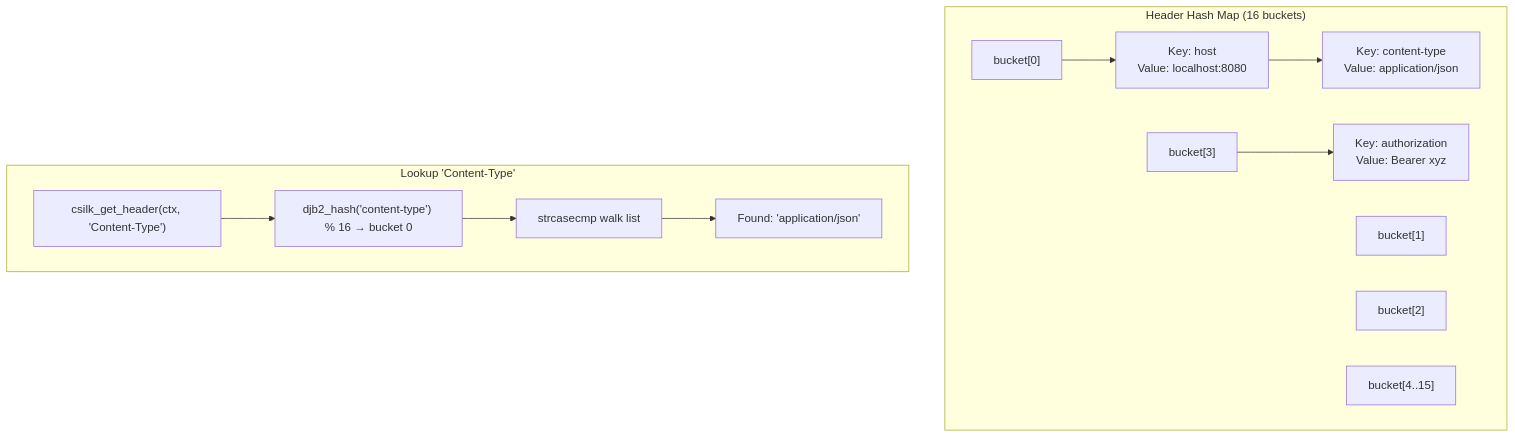
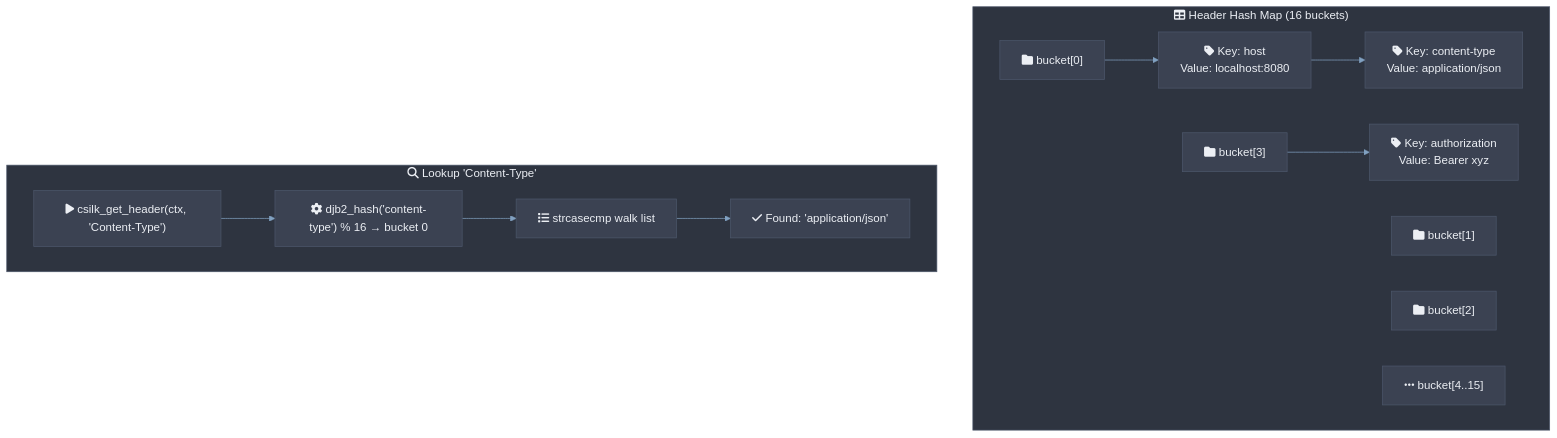
The fourth of 5 diagrams in docs/module-design/context.md (quintin-lee/csilk), drawn with Mermaid before and after one commit. The commit also changed other lines of this file and 30 other files, not shown here.

Commit message:
docs(docs): 📝 apply Nord Mermaid theme, RFC 2119 keywords, and quantified metrics to all docs

````diff
--- a/docs/module-design/context.md
+++ b/docs/module-design/context.md
@@ -146,18 +210,40 @@
 ```mermaid
+%%{init: {
+  'theme': 'base',
+  'themeVariables': {
+    'background': '#2E3440',
+    'primaryColor': '#81A1C1',
+    'primaryBorderColor': '#4C566A',
+    'primaryTextColor': '#ECEFF4',
+    'secondaryColor': '#3B4252',
+    'secondaryBorderColor': '#434C5E',
+    'secondaryTextColor': '#D8DEE9',
+    'lineColor': '#81A1C1',
+    'textColor': '#ECEFF4',
+    'mainBkg': '#3B4252',
+    'nodeBorder': '#4C566A',
+    'clusterBkg': '#2E3440',
+    'clusterBorder': '#4C566A',
+    'titleColor': '#ECEFF4',
+    'edgeLabelBackground': '#3B4252',
+    'nodeTextColor': '#ECEFF4'
+  },
+  'flowchart': {'htmlLabels': true, 'curve': 'basis'}
+}}%%
 graph TB
-    subgraph "Header Hash Map (16 buckets)"
-        B0["bucket[0]"] --> H1["Key: host\nValue: localhost:8080"]
-        H1 --> H2["Key: content-type\nValue: application/json"]
-        B1["bucket[1]"]
-        B2["bucket[2]"]
-        B3["bucket[3]"] --> H3["Key: authorization\nValue: Bearer xyz"]
-        B4["bucket[4..15]"]
+    subgraph header_map["fa:fa-table Header Hash Map (16 buckets)"]
+        B0["fa:fa-folder bucket[0]"] --> H1["fa:fa-tag Key: host<br/>Value: localhost:8080"]
+        H1 --> H2["fa:fa-tag Key: content-type<br/>Value: application/json"]
+        B1["fa:fa-folder bucket[1]"]
+        B2["fa:fa-folder bucket[2]"]
+        B3["fa:fa-folder bucket[3]"] --> H3["fa:fa-tag Key: authorization<br/>Value: Bearer xyz"]
+        B4["fa:fa-ellipsis-h bucket[4..15]"]
     end
 
-    subgraph "Lookup 'Content-Type'"
-        IN["csilk_get_header(ctx, 'Content-Type')"]
-        IN --> HASH["djb2_hash('content-type') % 16 → bucket 0"]
-        HASH --> SCAN["strcasecmp walk list"]
-        SCAN --> MATCH["Found: 'application/json'"]
+    subgraph lookup["fa:fa-search Lookup 'Content-Type'"]
+        IN["fa:fa-play csilk_get_header(ctx, 'Content-Type')"]
+        IN --> HASH["fa:fa-cog djb2_hash('content-type') % 16 → bucket 0"]
+        HASH --> SCAN["fa:fa-list strcasecmp walk list"]
+        SCAN --> MATCH["fa:fa-check Found: 'application/json'"]
     end
 ```
````
